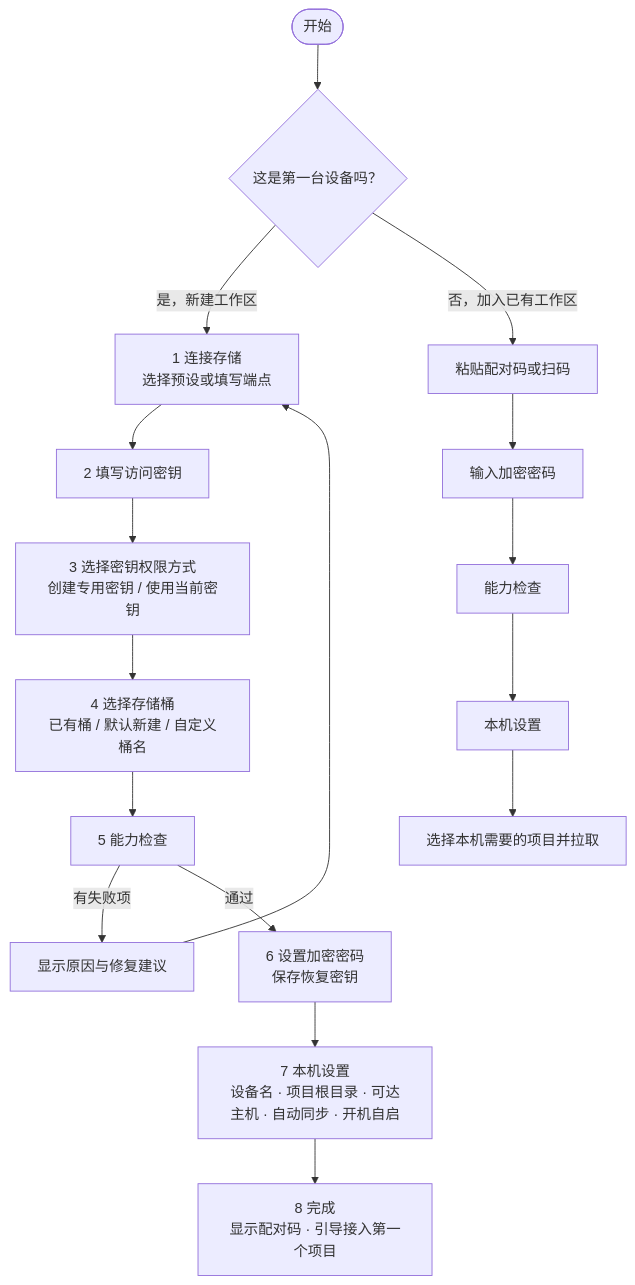
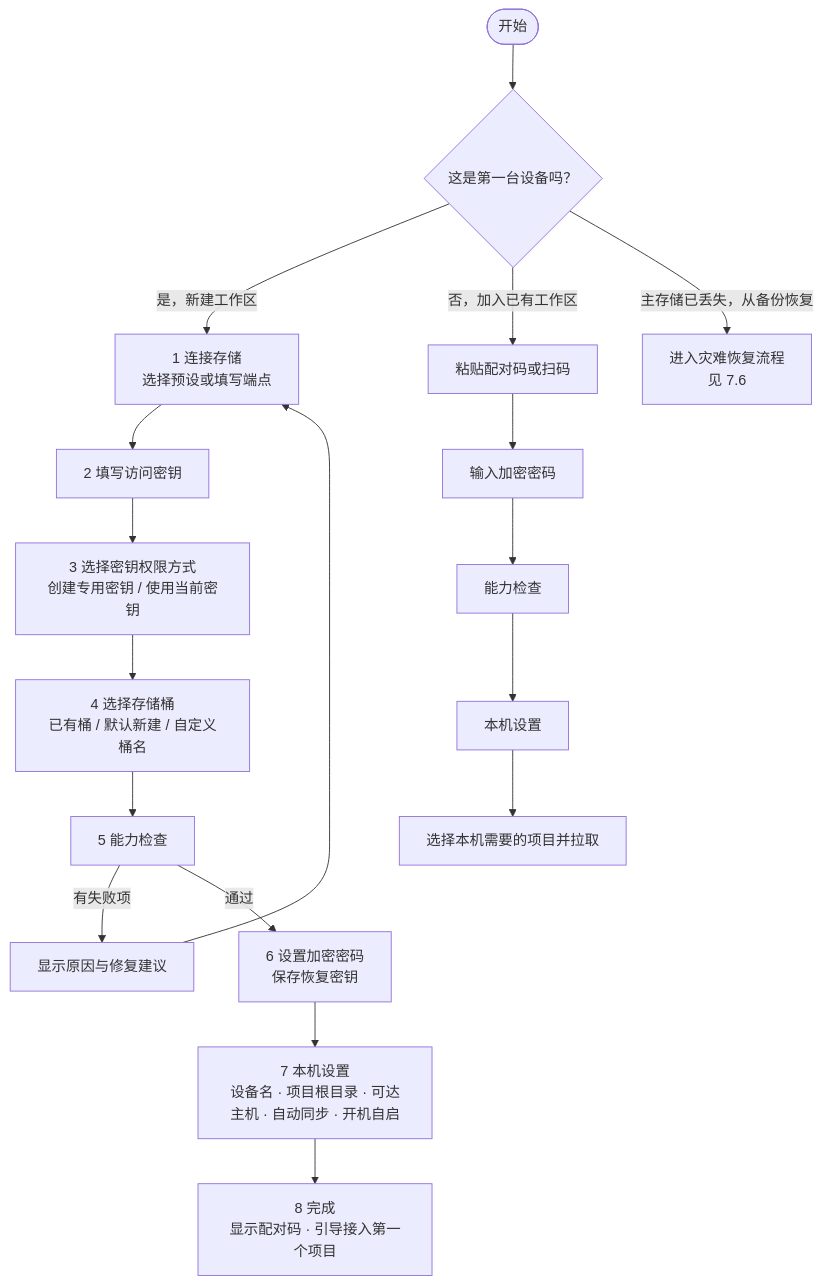
Before and after one commit to kverona-ai/workroam: the first of 3 diagrams in docs/prd.md, drawn with Mermaid. The commit also changed other lines of this file and 8 other files, not shown here.

````diff
--- a/docs/prd.md
+++ b/docs/prd.md
@@ -137,18 +142,19 @@
 ```mermaid
 flowchart TD
     A([开始]) --> B{这是第一台设备吗？}
     B -- 是，新建工作区 --> C[1 连接存储<br/>选择预设或填写端点]
     B -- 否，加入已有工作区 --> J1[粘贴配对码或扫码]
+    B -- 主存储已丢失，从备份恢复 --> R1[进入灾难恢复流程<br/>见 7.6]
     C --> D[2 填写访问密钥]
     D --> E[3 选择密钥权限方式<br/>创建专用密钥 / 使用当前密钥]
     E --> F[4 选择存储桶<br/>已有桶 / 默认新建 / 自定义桶名]
     F --> G[5 能力检查]
     G -- 有失败项 --> G1[显示原因与修复建议] --> C
     G -- 通过 --> H[6 设置加密密码<br/>保存恢复密钥]
     H --> I[7 本机设置<br/>设备名 · 项目根目录 · 可达主机 · 自动同步 · 开机自启]
     I --> K[8 完成<br/>显示配对码 · 引导接入第一个项目]
     J1 --> J2[输入加密密码]
     J2 --> G2[能力检查]
     G2 --> I2[本机设置]
     I2 --> J3[选择本机需要的项目并拉取]
 ```
````
